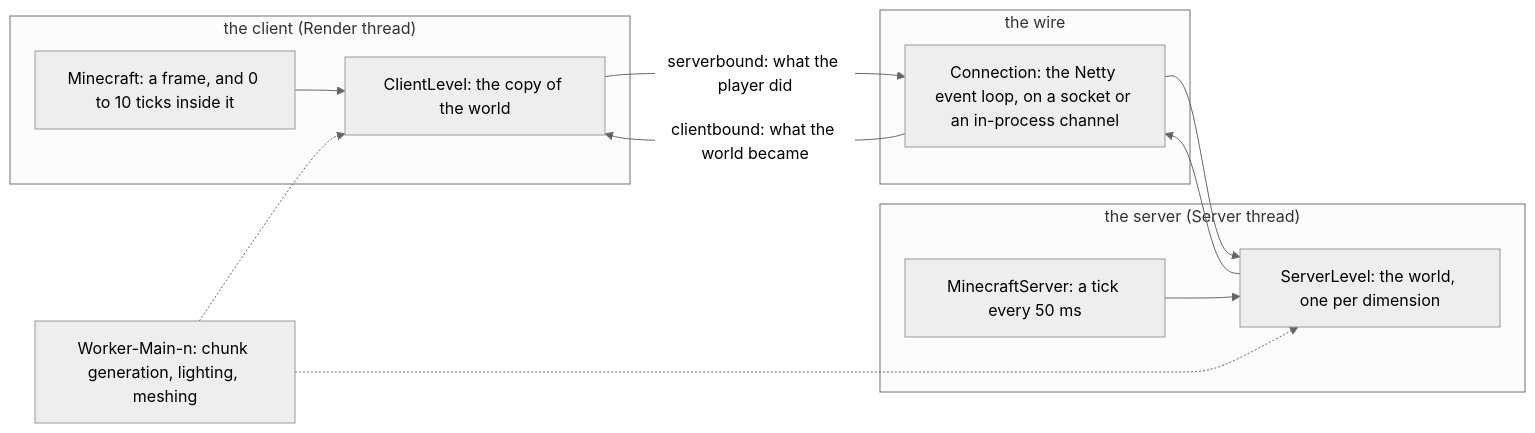
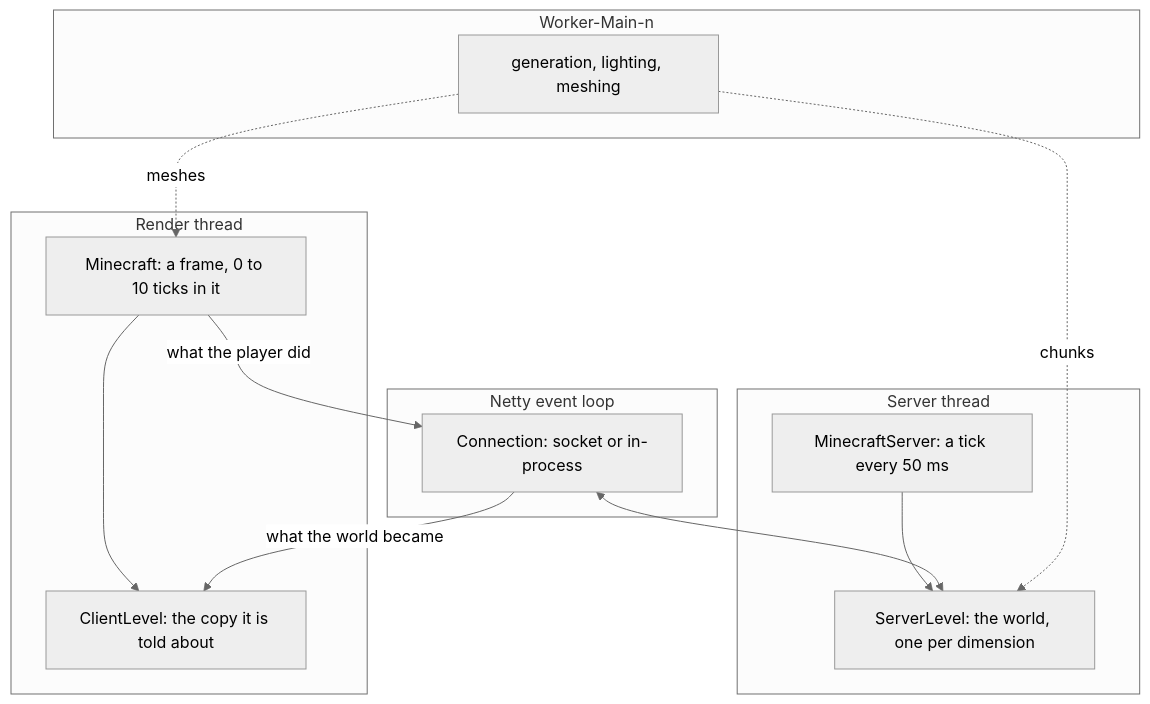
Before and after one commit to AlexanderjFraser/MinecraftDocs: the diagram in src/introduction.md, drawn with Mermaid (neutral theme). The commit also changed other lines of this file and 24 other files, not shown here.

````diff
--- a/src/introduction.md
+++ b/src/introduction.md
@@ -19,22 +19,24 @@
 ```mermaid
-flowchart LR
-    subgraph Client["the client (Render thread)"]
-        MC["Minecraft: a frame, and 0 to 10 ticks inside it"]
-        CL["ClientLevel: the copy of the world"]
-        MC --> CL
+flowchart TD
+    subgraph Client["Render thread"]
+        MC["Minecraft: a frame, 0 to 10 ticks in it"]
+        CL["ClientLevel: the copy it is told about"]
     end
-    subgraph Wire["the wire"]
-        Conn["Connection: the Netty event loop, on a socket or an in-process channel"]
+    subgraph Netty["Netty event loop"]
+        Conn["Connection: socket or in-process"]
     end
-    subgraph Server["the server (Server thread)"]
+    subgraph Server["Server thread"]
         MS["MinecraftServer: a tick every 50 ms"]
         SL["ServerLevel: the world, one per dimension"]
-        MS --> SL
     end
-    CL -- "serverbound: what the player did" --> Conn
-    Conn -- "clientbound: what the world became" --> CL
-    Conn --> SL
-    SL --> Conn
-    Worker["Worker-Main-n: chunk generation, lighting, meshing"] -.-> SL
-    Worker -.-> CL
+    subgraph Pool["Worker-Main-n"]
+        W["generation, lighting, meshing"]
+    end
+    MC --> CL
+    MS --> SL
+    MC -- "what the player did" --> Conn
+    Conn -- "what the world became" --> CL
+    Conn <--> SL
+    W -. "chunks" .-> SL
+    W -. "meshes" .-> MC
 ```
````
